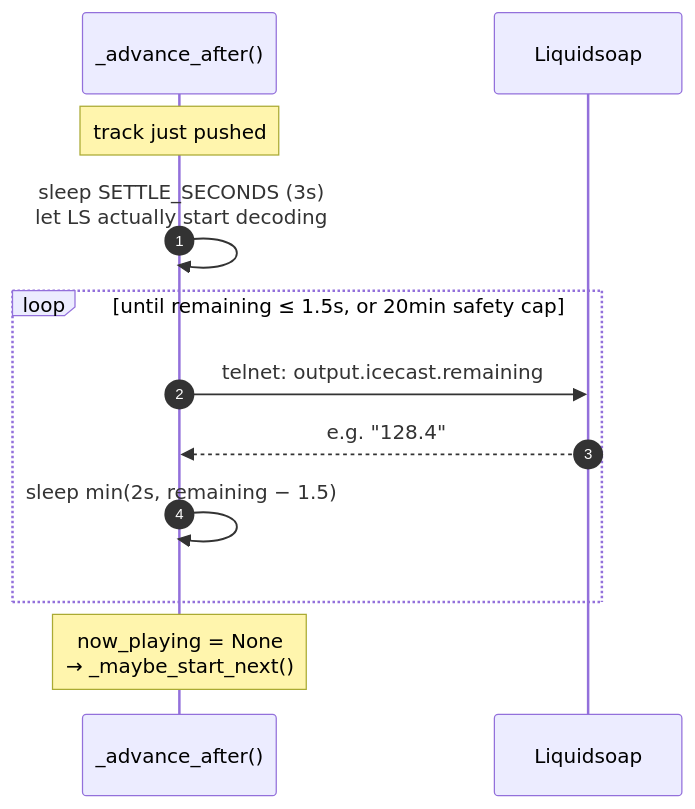
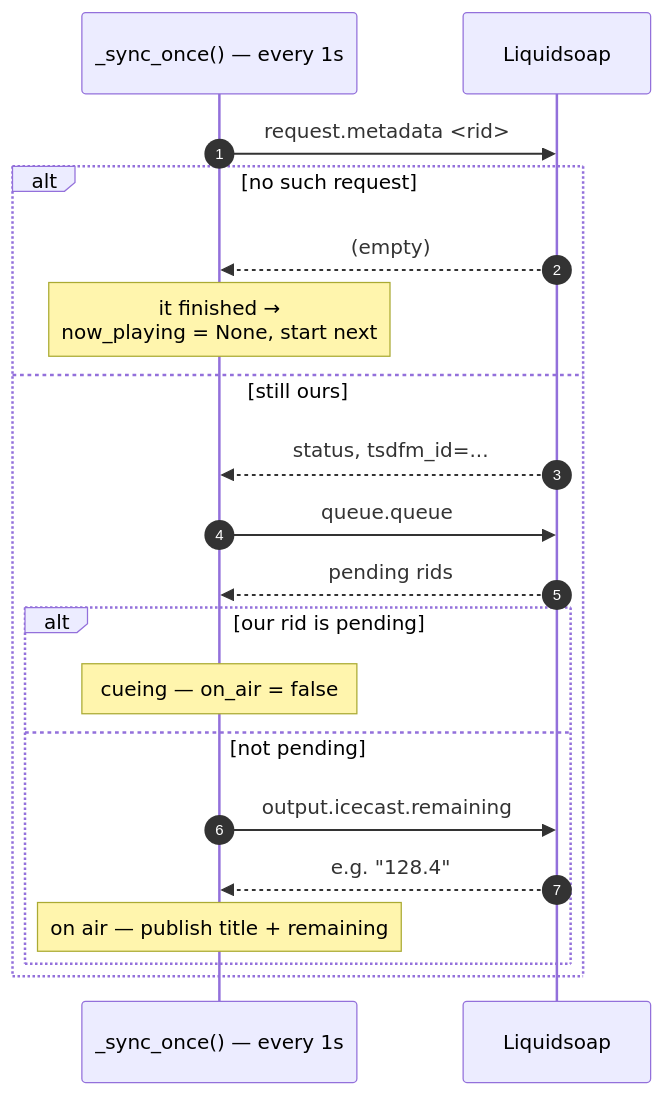
Before and after one commit to tsdaemon/tsdfm: the third of 8 diagrams in docs/architecture.md, drawn with Mermaid. The commit also changed other lines of this file and 33 other files, not shown here.

````diff
--- a/docs/architecture.md
+++ b/docs/architecture.md
@@ -122,15 +141,23 @@
 ```mermaid
 sequenceDiagram
     autonumber
-    participant App as _advance_after()
+    participant App as _sync_once() — every 1s
     participant LS as Liquidsoap
 
-    Note over App: track just pushed
-    App->>App: sleep SETTLE_SECONDS (3s)<br/>let LS actually start decoding
-    loop until remaining ≤ 1.5s, or 20min safety cap
-        App->>LS: telnet: output.icecast.remaining
-        LS-->>App: e.g. "128.4"
-        App->>App: sleep min(2s, remaining − 1.5)
+    App->>LS: request.metadata <rid>
+    alt no such request
+        LS-->>App: (empty)
+        Note over App: it finished →<br/>now_playing = None, start next
+    else still ours
+        LS-->>App: status, tsdfm_id=...
+        App->>LS: queue.queue
+        LS-->>App: pending rids
+        alt our rid is pending
+            Note over App: cueing — on_air = false
+        else not pending
+            App->>LS: output.icecast.remaining
+            LS-->>App: e.g. "128.4"
+            Note over App: on air — publish title + remaining
+        end
     end
-    Note over App: now_playing = None<br/>→ _maybe_start_next()
 ```
````
